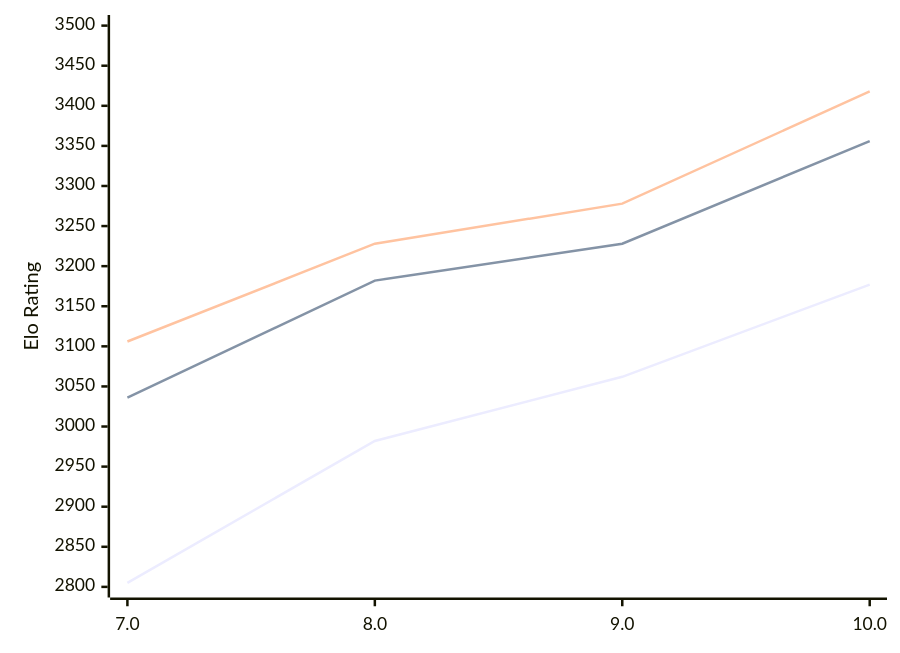
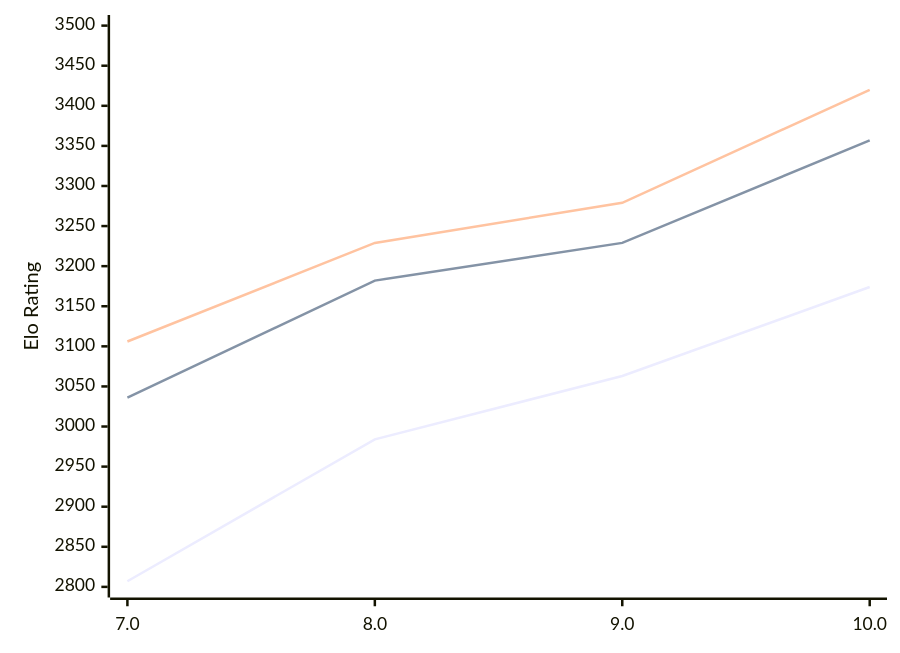
Before and after one commit to computer-chess-index/cci: the diagram in engines/Tcheran.md, drawn with Mermaid. The commit also changed other lines of this file, not shown here.

Commit message:
Update CCI Ratings (ELO VLTC) - 2026-02-13

````diff
--- a/engines/Tcheran.md
+++ b/engines/Tcheran.md
@@ -45,9 +45,9 @@
 ```mermaid
 %%{init: {"theme":"base","themeVariables":{"seriesColors:['#a3a3a3','#222221','#faa371']}}}%%
 xychart-beta
   x-axis ["7.0", "8.0", "9.0", "10.0"]
   y-axis "Elo Rating" 2800 --> 3500
-  line "STC (8.0+0.08s)" [2805, 2982, 3062, 3177]
-  line "LTC (60.0+0.60s)" [3036, 3182, 3228, 3356]
-  line "VLTC (2m24s+1.12s)" [3106, 3228, 3278, 3418]
+  line "STC (8.0+0.08s)" [2807, 2984, 3063, 3174]
+  line "LTC (60.0+0.60s)" [3036, 3182, 3229, 3357]
+  line "VLTC (2m24s+1.12s)" [3106, 3229, 3279, 3420]
 ```
````
